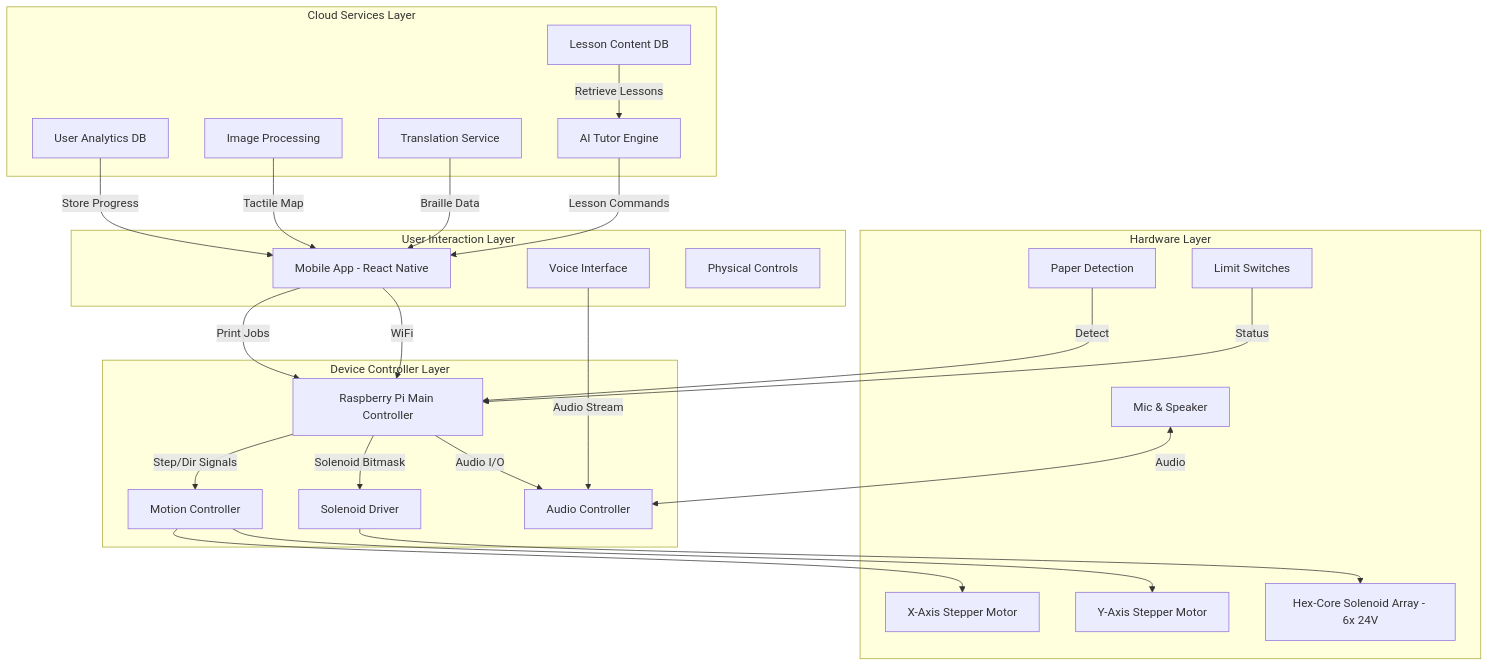
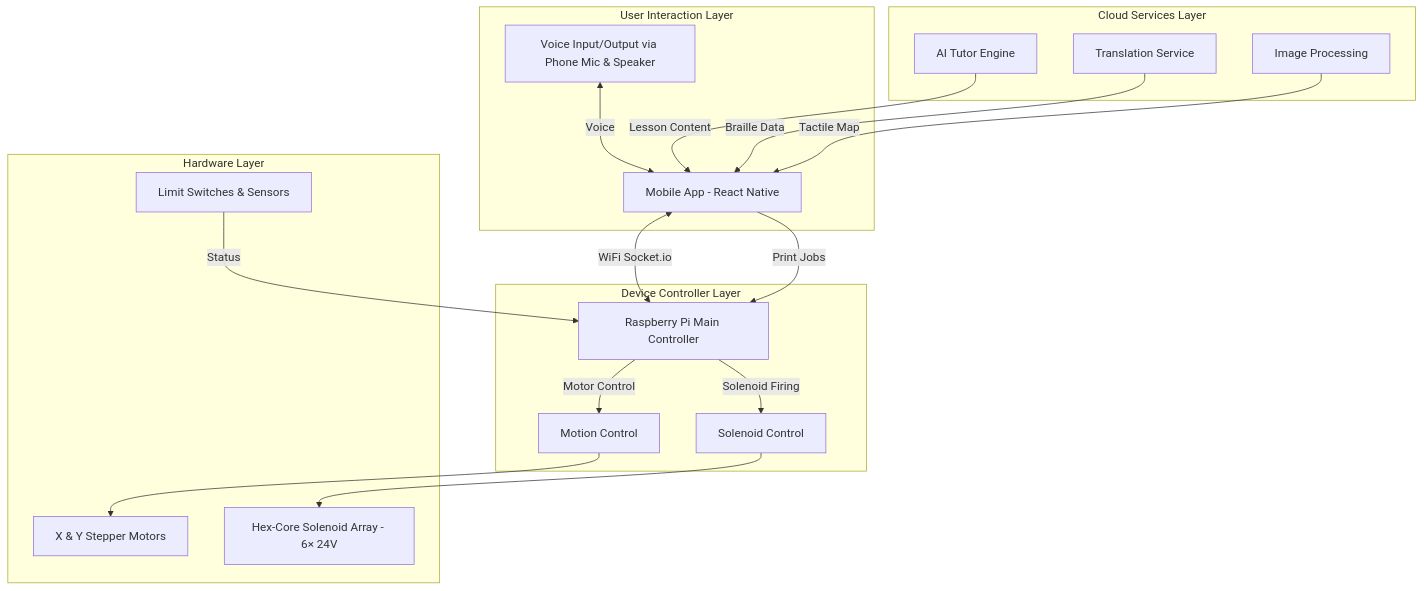
Before and after one commit to vikrantwiz02/DFP-13: the first of 5 diagrams in 04_System_Architecture.md, drawn with Mermaid. The commit also changed 2 other files, not shown here.

Commit message:
Refine system architecture and hardware design documentation for Hex-Core solenoid plotter

````diff
--- a/04_System_Architecture.md
+++ b/04_System_Architecture.md
@@ -9,50 +9,37 @@
 ```mermaid
 graph TB
     subgraph "User Interaction Layer"
         A[Mobile App - React Native]
-        B[Voice Interface]
-        C[Physical Controls]
+        B[Voice Input/Output via Phone Mic & Speaker]
     end
     
     subgraph "Cloud Services Layer"
         D[AI Tutor Engine]
         E[Translation Service]
         F[Image Processing]
-        G[User Analytics DB]
-        H[Lesson Content DB]
     end
     
     subgraph "Device Controller Layer"
         I[Raspberry Pi Main Controller]
-        J[Motion Controller]
-        K[Solenoid Driver]
-        L[Audio Controller]
+        J[Motion Control]
+        K[Solenoid Control]
     end
     
     subgraph "Hardware Layer"
-        M[X-Axis Stepper Motor]
-        N[Y-Axis Stepper Motor]
-        O[Hex-Core Solenoid Array - 6x 24V]
-        P[Limit Switches]
-        Q[Mic & Speaker]
-        R[Paper Detection]
+        M[X & Y Stepper Motors]
+        N[Hex-Core Solenoid Array - 6× 24V]
+        O[Limit Switches & Sensors]
     end
     
-    A -->|WiFi| I
-    B -->|Audio Stream| L
-    D -->|Lesson Commands| A
+    A <-->|WiFi Socket.io| I
+    B <-->|Voice| A
+    D -->|Lesson Content| A
     E -->|Braille Data| A
     F -->|Tactile Map| A
     A -->|Print Jobs| I
-    I -->|Step/Dir Signals| J
-    I -->|Solenoid Bitmask| K
-    I -->|Audio I/O| L
+    I -->|Motor Control| J
+    I -->|Solenoid Firing| K
     J --> M
-    J --> N
-    K --> O
-    P -->|Status| I
-    Q <-->|Audio| L
-    R -->|Detect| I
-    G -->|Store Progress| A
-    H -->|Retrieve Lessons| D
+    K --> N
+    O -->|Status| I
 ```
````
